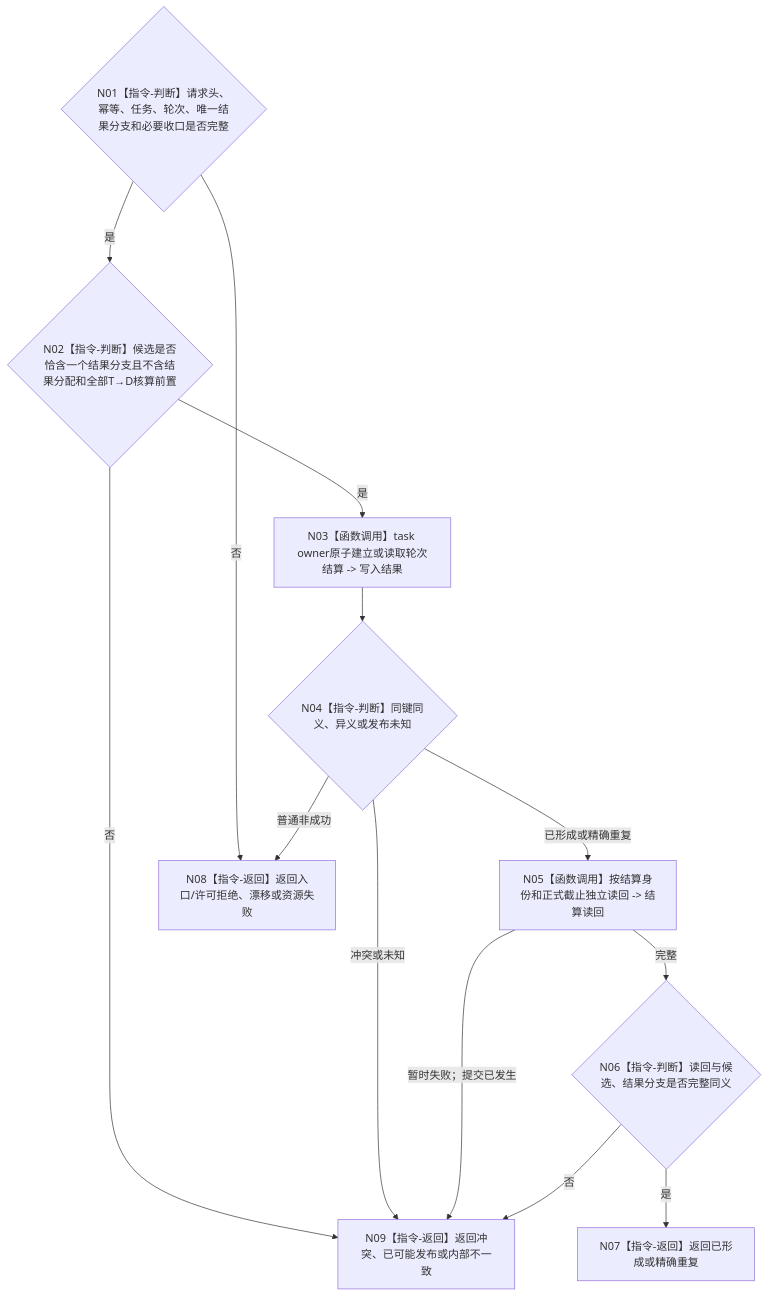
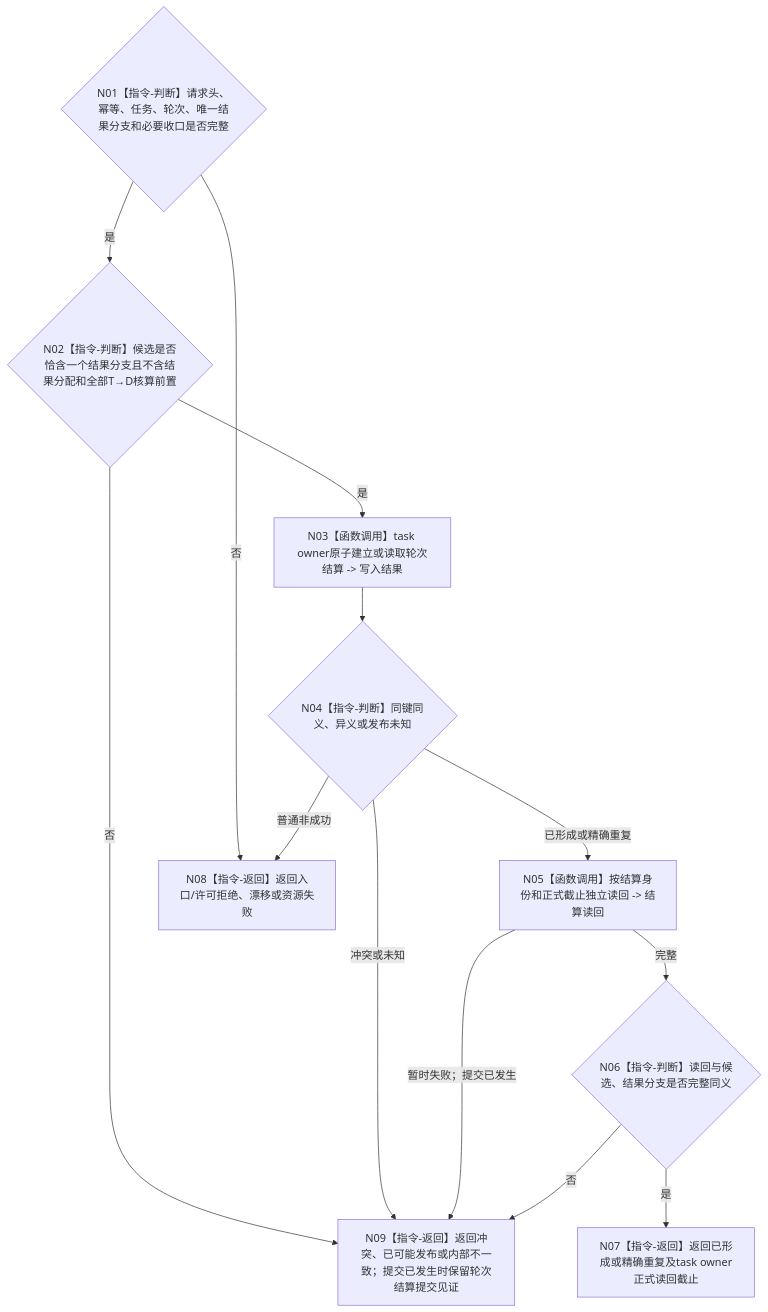
Before and after one commit to chunhaizh-cyber/HY-Ego: the diagram in 流程图/目标业务流程图/L4/BIZ-L4-004-08-03-02_建立或读取任务轮次结算_目标函数流程图_v0.2.md, drawn with Mermaid. The commit also changed other lines of this file and 24 other files, not shown here.

````diff
--- a/流程图/目标业务流程图/L4/BIZ-L4-004-08-03-02_建立或读取任务轮次结算_目标函数流程图_v0.2.md
+++ b/流程图/目标业务流程图/L4/BIZ-L4-004-08-03-02_建立或读取任务轮次结算_目标函数流程图_v0.2.md
@@ -33,24 +33,24 @@
 ```mermaid
 flowchart TD
     N01{"N01【指令-判断】请求头、幂等、任务、轮次、唯一结果分支和必要收口是否完整"}
     N02{"N02【指令-判断】候选是否恰含一个结果分支且不含结果分配和全部T→D核算前置"}
     N03["N03【函数调用】task owner原子建立或读取轮次结算 -> 写入结果"]
     N04{"N04【指令-判断】同键同义、异义或发布未知"}
     N05["N05【函数调用】按结算身份和正式截止独立读回 -> 结算读回"]
     N06{"N06【指令-判断】读回与候选、结果分支是否完整同义"}
-    N07["N07【指令-返回】返回已形成或精确重复"]
+    N07["N07【指令-返回】返回已形成或精确重复及task owner正式读回截止"]
     N08["N08【指令-返回】返回入口/许可拒绝、漂移或资源失败"]
-    N09["N09【指令-返回】返回冲突、已可能发布或内部不一致"]
+    N09["N09【指令-返回】返回冲突、已可能发布或内部不一致；提交已发生时保留轮次结算提交见证"]
 
     N01 -->|否| N08
     N01 -->|是| N02
     N02 -->|否| N09
     N02 -->|是| N03 --> N04
     N04 -->|已形成或精确重复| N05
     N04 -->|普通非成功| N08
     N04 -->|冲突或未知| N09
     N05 -->|暂时失败；提交已发生| N09
     N05 -->|完整| N06
     N06 -->|否| N09
     N06 -->|是| N07
 ```
````
